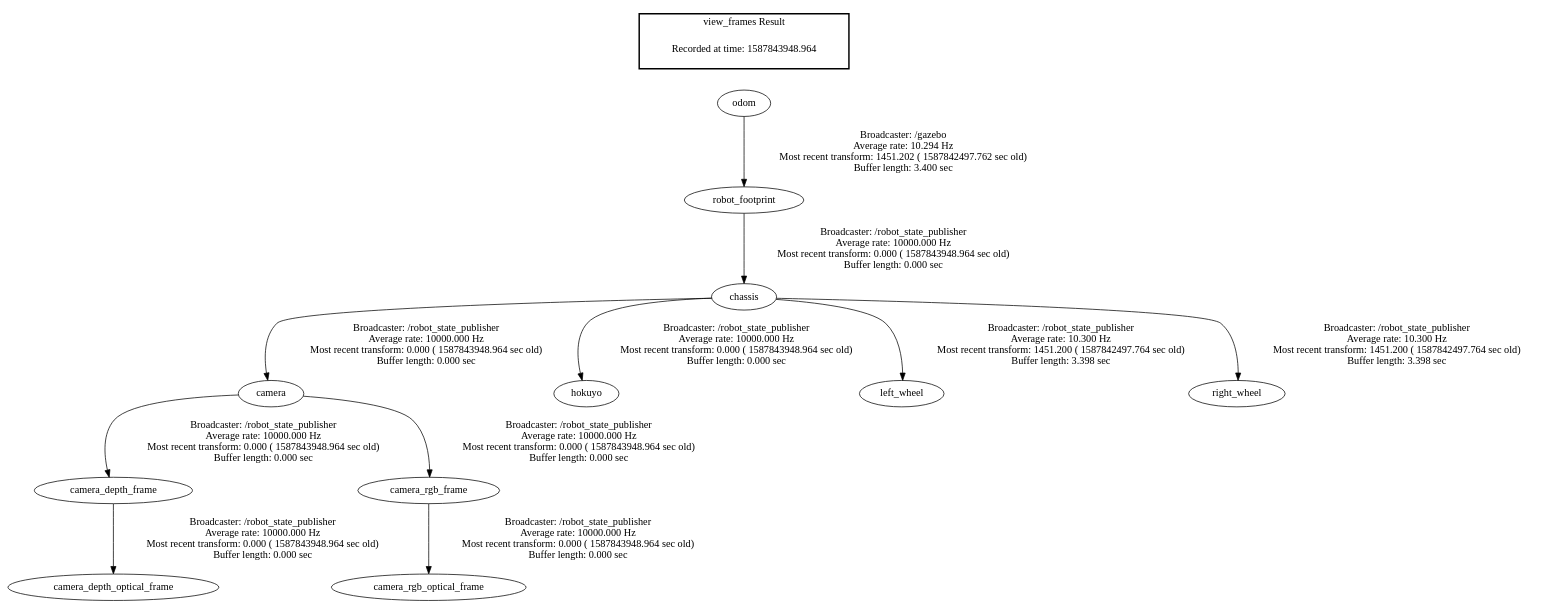
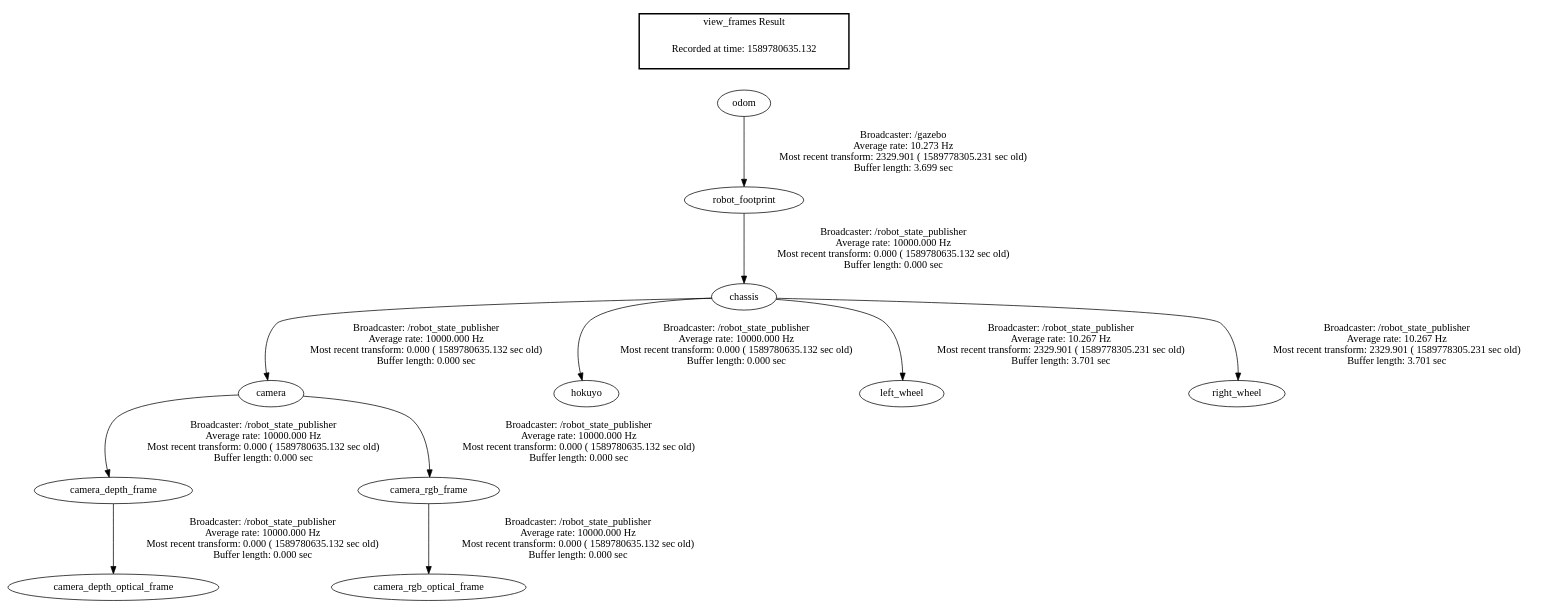
One commit to Shubham-Sahoo/3D-Map-Merge changed the diagram in frames.gv. Above: the diagram before and after it, drawn with Graphviz. The commit also changed 49 other files, not shown here.

```diff
--- a/frames.gv
+++ b/frames.gv
@@ -1,16 +1,16 @@
 digraph G {
-"chassis" -> "camera"[label="Broadcaster: /robot_state_publisher\nAverage rate: 10000.000 Hz\nMost recent transform: 0.000 ( 1587843948.964 sec old)\nBuffer length: 0.000 sec\n"];
-"robot_footprint" -> "chassis"[label="Broadcaster: /robot_state_publisher\nAverage rate: 10000.000 Hz\nMost recent transform: 0.000 ( 1587843948.964 sec old)\nBuffer length: 0.000 sec\n"];
-"camera" -> "camera_depth_frame"[label="Broadcaster: /robot_state_publisher\nAverage rate: 10000.000 Hz\nMost recent transform: 0.000 ( 1587843948.964 sec old)\nBuffer length: 0.000 sec\n"];
-"camera_depth_frame" -> "camera_depth_optical_frame"[label="Broadcaster: /robot_state_publisher\nAverage rate: 10000.000 Hz\nMost recent transform: 0.000 ( 1587843948.964 sec old)\nBuffer length: 0.000 sec\n"];
-"camera" -> "camera_rgb_frame"[label="Broadcaster: /robot_state_publisher\nAverage rate: 10000.000 Hz\nMost recent transform: 0.000 ( 1587843948.964 sec old)\nBuffer length: 0.000 sec\n"];
-"camera_rgb_frame" -> "camera_rgb_optical_frame"[label="Broadcaster: /robot_state_publisher\nAverage rate: 10000.000 Hz\nMost recent transform: 0.000 ( 1587843948.964 sec old)\nBuffer length: 0.000 sec\n"];
-"chassis" -> "hokuyo"[label="Broadcaster: /robot_state_publisher\nAverage rate: 10000.000 Hz\nMost recent transform: 0.000 ( 1587843948.964 sec old)\nBuffer length: 0.000 sec\n"];
-"odom" -> "robot_footprint"[label="Broadcaster: /gazebo\nAverage rate: 10.294 Hz\nMost recent transform: 1451.202 ( 1587842497.762 sec old)\nBuffer length: 3.400 sec\n"];
-"chassis" -> "left_wheel"[label="Broadcaster: /robot_state_publisher\nAverage rate: 10.300 Hz\nMost recent transform: 1451.200 ( 1587842497.764 sec old)\nBuffer length: 3.398 sec\n"];
-"chassis" -> "right_wheel"[label="Broadcaster: /robot_state_publisher\nAverage rate: 10.300 Hz\nMost recent transform: 1451.200 ( 1587842497.764 sec old)\nBuffer length: 3.398 sec\n"];
+"chassis" -> "camera"[label="Broadcaster: /robot_state_publisher\nAverage rate: 10000.000 Hz\nMost recent transform: 0.000 ( 1589780635.132 sec old)\nBuffer length: 0.000 sec\n"];
+"robot_footprint" -> "chassis"[label="Broadcaster: /robot_state_publisher\nAverage rate: 10000.000 Hz\nMost recent transform: 0.000 ( 1589780635.132 sec old)\nBuffer length: 0.000 sec\n"];
+"camera" -> "camera_depth_frame"[label="Broadcaster: /robot_state_publisher\nAverage rate: 10000.000 Hz\nMost recent transform: 0.000 ( 1589780635.132 sec old)\nBuffer length: 0.000 sec\n"];
+"camera_depth_frame" -> "camera_depth_optical_frame"[label="Broadcaster: /robot_state_publisher\nAverage rate: 10000.000 Hz\nMost recent transform: 0.000 ( 1589780635.132 sec old)\nBuffer length: 0.000 sec\n"];
+"camera" -> "camera_rgb_frame"[label="Broadcaster: /robot_state_publisher\nAverage rate: 10000.000 Hz\nMost recent transform: 0.000 ( 1589780635.132 sec old)\nBuffer length: 0.000 sec\n"];
+"camera_rgb_frame" -> "camera_rgb_optical_frame"[label="Broadcaster: /robot_state_publisher\nAverage rate: 10000.000 Hz\nMost recent transform: 0.000 ( 1589780635.132 sec old)\nBuffer length: 0.000 sec\n"];
+"chassis" -> "hokuyo"[label="Broadcaster: /robot_state_publisher\nAverage rate: 10000.000 Hz\nMost recent transform: 0.000 ( 1589780635.132 sec old)\nBuffer length: 0.000 sec\n"];
+"odom" -> "robot_footprint"[label="Broadcaster: /gazebo\nAverage rate: 10.273 Hz\nMost recent transform: 2329.901 ( 1589778305.231 sec old)\nBuffer length: 3.699 sec\n"];
+"chassis" -> "left_wheel"[label="Broadcaster: /robot_state_publisher\nAverage rate: 10.267 Hz\nMost recent transform: 2329.901 ( 1589778305.231 sec old)\nBuffer length: 3.701 sec\n"];
+"chassis" -> "right_wheel"[label="Broadcaster: /robot_state_publisher\nAverage rate: 10.267 Hz\nMost recent transform: 2329.901 ( 1589778305.231 sec old)\nBuffer length: 3.701 sec\n"];
 edge [style=invis];
  subgraph cluster_legend { style=bold; color=black; label ="view_frames Result";
-"Recorded at time: 1587843948.964"[ shape=plaintext ] ;
+"Recorded at time: 1589780635.132"[ shape=plaintext ] ;
  }->"odom";
 }
```
